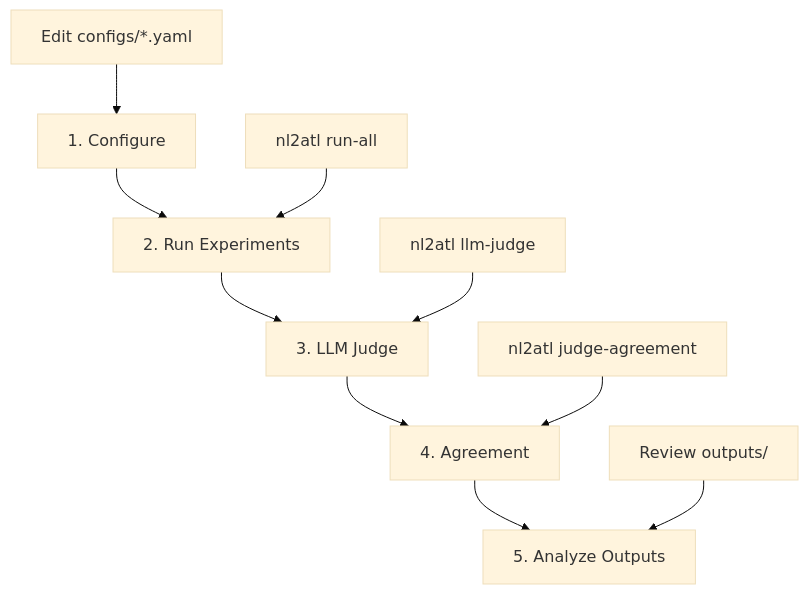
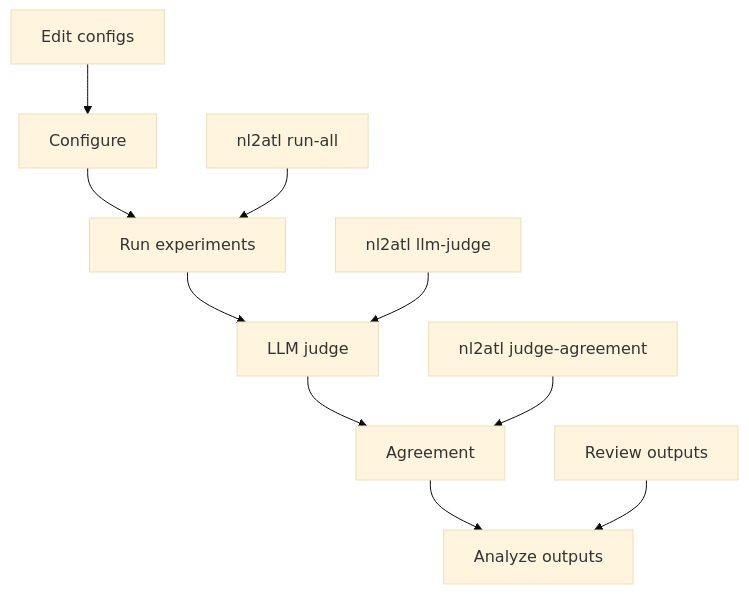
The second of 2 diagrams in docs/usage.md (vladanaSTM/nl2atl), drawn with Mermaid (base theme) before and after one commit. The commit also changed other lines of this file and 16 other files, not shown here.

````diff
--- a/docs/usage.md
+++ b/docs/usage.md
@@ -140,13 +166,13 @@
 ```mermaid
 flowchart TD
-    A[1. Configure] --> B[2. Run Experiments]
-    B --> C[3. LLM Judge]
-    C --> D[4. Agreement]
-    D --> E[5. Analyze Outputs]
+    A[Configure] --> B[Run experiments]
+    B --> C[LLM judge]
+    C --> D[Agreement]
+    D --> E[Analyze outputs]
 
-    A1[Edit configs/*.yaml] --> A
+    A1[Edit configs] --> A
     B1[nl2atl run-all] --> B
     C1[nl2atl llm-judge] --> C
     D1[nl2atl judge-agreement] --> D
-    E1[Review outputs/] --> E
+    E1[Review outputs] --> E
 ```
````
